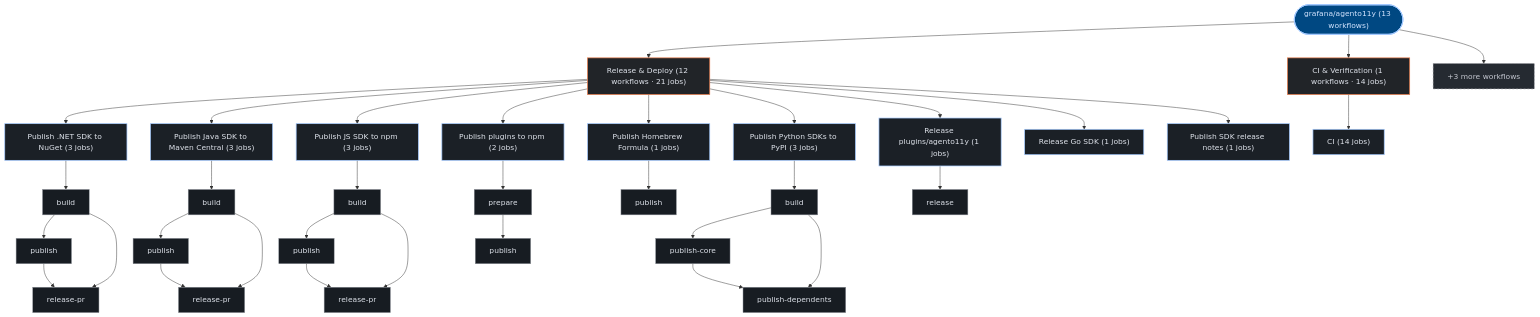
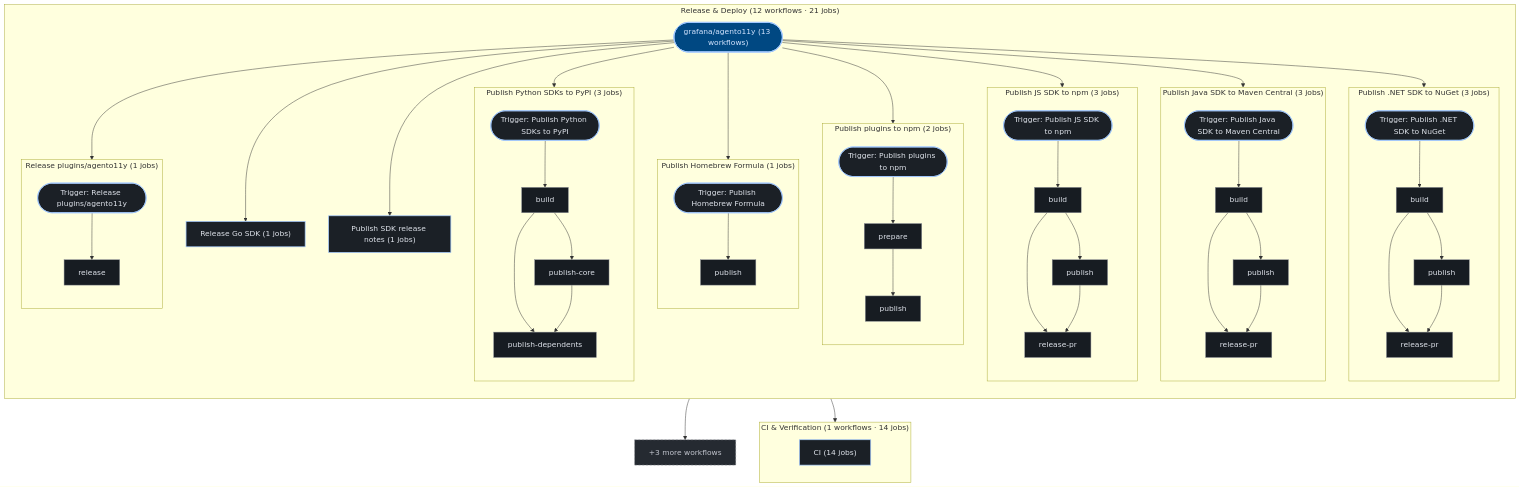
One commit to kumarshaz/atruss-code-atlas changed the third of 3 diagrams in exports/latest/reports/grafana-agento11y-report.md. Above: the diagram before and after it, drawn with Mermaid. The commit also changed 181 other files, not shown here.

````diff
--- a/exports/latest/reports/grafana-agento11y-report.md
+++ b/exports/latest/reports/grafana-agento11y-report.md
@@ -489,66 +489,89 @@
   classDef atlasAlert fill:#93000a,stroke:#ffb4ab,stroke-width:1.5px,color:#ffdad6
   classDef atlasMore fill:#252a31,stroke:#8d9199,stroke-dasharray:4 4,color:#c3c6cf
   pipeline_root(["grafana/agento11y (13 workflows)"]):::atlasRoot
-  grp_0_Release___Deploy["Release & Deploy (12 workflows · 21 jobs)"]:::atlasCategory
-  pipeline_root --> grp_0_Release___Deploy
-  wf_1_Publish__NET_SDK_to_NuGet["Publish .NET SDK to NuGet (3 jobs)"]:::atlasWorkflow
-  grp_0_Release___Deploy --> wf_1_Publish__NET_SDK_to_NuGet
-  job_1_build["build"]:::atlasJob
-  job_1_publish["publish"]:::atlasJob
-  job_1_release_pr["release-pr"]:::atlasJob
-  wf_1_Publish__NET_SDK_to_NuGet --> job_1_build
-  job_1_build --> job_1_publish
-  job_1_build --> job_1_release_pr
-  job_1_publish --> job_1_release_pr
-  wf_2_Publish_Java_SDK_to_Maven_Central["Publish Java SDK to Maven Central (3 jobs)"]:::atlasWorkflow
-  grp_0_Release___Deploy --> wf_2_Publish_Java_SDK_to_Maven_Central
-  job_2_build["build"]:::atlasJob
-  job_2_publish["publish"]:::atlasJob
-  job_2_release_pr["release-pr"]:::atlasJob
-  wf_2_Publish_Java_SDK_to_Maven_Central --> job_2_build
-  job_2_build --> job_2_publish
-  job_2_build --> job_2_release_pr
-  job_2_publish --> job_2_release_pr
-  wf_3_Publish_JS_SDK_to_npm["Publish JS SDK to npm (3 jobs)"]:::atlasWorkflow
-  grp_0_Release___Deploy --> wf_3_Publish_JS_SDK_to_npm
-  job_3_build["build"]:::atlasJob
-  job_3_publish["publish"]:::atlasJob
-  job_3_release_pr["release-pr"]:::atlasJob
-  wf_3_Publish_JS_SDK_to_npm --> job_3_build
-  job_3_build --> job_3_publish
-  job_3_build --> job_3_release_pr
-  job_3_publish --> job_3_release_pr
-  wf_4_Publish_plugins_to_npm["Publish plugins to npm (2 jobs)"]:::atlasWorkflow
-  grp_0_Release___Deploy --> wf_4_Publish_plugins_to_npm
-  job_4_prepare["prepare"]:::atlasJob
-  job_4_publish["publish"]:::atlasJob
-  wf_4_Publish_plugins_to_npm --> job_4_prepare
-  job_4_prepare --> job_4_publish
-  wf_5_Publish_Homebrew_Formula["Publish Homebrew Formula (1 jobs)"]:::atlasWorkflow
-  grp_0_Release___Deploy --> wf_5_Publish_Homebrew_Formula
-  job_5_publish["publish"]:::atlasJob
-  wf_5_Publish_Homebrew_Formula --> job_5_publish
-  wf_6_Publish_Python_SDKs_to_PyPI["Publish Python SDKs to PyPI (3 jobs)"]:::atlasWorkflow
-  grp_0_Release___Deploy --> wf_6_Publish_Python_SDKs_to_PyPI
-  job_6_build["build"]:::atlasJob
-  job_6_publish_core["publish-core"]:::atlasJob
-  job_6_publish_dependents["publish-dependents"]:::atlasJob
-  wf_6_Publish_Python_SDKs_to_PyPI --> job_6_build
-  job_6_build --> job_6_publish_core
-  job_6_build --> job_6_publish_dependents
-  job_6_publish_core --> job_6_publish_dependents
-  wf_8_Release_plugins_agento11y["Release plugins/agento11y (1 jobs)"]:::atlasWorkflow
-  grp_0_Release___Deploy --> wf_8_Release_plugins_agento11y
-  job_8_release["release"]:::atlasJob
-  wf_8_Release_plugins_agento11y --> job_8_release
-  wf_9_Release_Go_SDK["Release Go SDK (1 jobs)"]:::atlasWorkflow
-  grp_0_Release___Deploy --> wf_9_Release_Go_SDK
-  wf_10_Publish_SDK_release_notes["Publish SDK release notes (1 jobs)"]:::atlasWorkflow
-  grp_0_Release___Deploy --> wf_10_Publish_SDK_release_notes
-  grp_1_CI___Verification["CI & Verification (1 workflows · 14 jobs)"]:::atlasCategory
-  pipeline_root --> grp_1_CI___Verification
-  wf_0_CI["CI (14 jobs)"]:::atlasWorkflow
-  grp_1_CI___Verification --> wf_0_CI
+  subgraph sg_grp_0_Release___Deploy["Release & Deploy (12 workflows · 21 jobs)"]
+    direction TB
+    subgraph sg_wf_1_Publish__NET_SDK_to_NuGet["Publish .NET SDK to NuGet (3 jobs)"]
+      direction TB
+      wf_1_Publish__NET_SDK_to_NuGet(["Trigger: Publish .NET SDK to NuGet"]):::atlasWorkflow
+      job_1_build["build"]:::atlasJob
+      job_1_publish["publish"]:::atlasJob
+      job_1_release_pr["release-pr"]:::atlasJob
+      wf_1_Publish__NET_SDK_to_NuGet --> job_1_build
+      job_1_build --> job_1_publish
+      job_1_build --> job_1_release_pr
+      job_1_publish --> job_1_release_pr
+    end
+    pipeline_root --> wf_1_Publish__NET_SDK_to_NuGet
+    subgraph sg_wf_2_Publish_Java_SDK_to_Maven_Central["Publish Java SDK to Maven Central (3 jobs)"]
+      direction TB
+      wf_2_Publish_Java_SDK_to_Maven_Central(["Trigger: Publish Java SDK to Maven Central"]):::atlasWorkflow
+      job_2_build["build"]:::atlasJob
+      job_2_publish["publish"]:::atlasJob
+      job_2_release_pr["release-pr"]:::atlasJob
+      wf_2_Publish_Java_SDK_to_Maven_Central --> job_2_build
+      job_2_build --> job_2_publish
+      job_2_build --> job_2_release_pr
+      job_2_publish --> job_2_release_pr
+    end
+    pipeline_root --> wf_2_Publish_Java_SDK_to_Maven_Central
+    subgraph sg_wf_3_Publish_JS_SDK_to_npm["Publish JS SDK to npm (3 jobs)"]
+      direction TB
+      wf_3_Publish_JS_SDK_to_npm(["Trigger: Publish JS SDK to npm"]):::atlasWorkflow
+      job_3_build["build"]:::atlasJob
+      job_3_publish["publish"]:::atlasJob
+      job_3_release_pr["release-pr"]:::atlasJob
+      wf_3_Publish_JS_SDK_to_npm --> job_3_build
+      job_3_build --> job_3_publish
+      job_3_build --> job_3_release_pr
+      job_3_publish --> job_3_release_pr
+    end
+    pipeline_root --> wf_3_Publish_JS_SDK_to_npm
+    subgraph sg_wf_4_Publish_plugins_to_npm["Publish plugins to npm (2 jobs)"]
+      direction TB
+      wf_4_Publish_plugins_to_npm(["Trigger: Publish plugins to npm"]):::atlasWorkflow
+      job_4_prepare["prepare"]:::atlasJob
+      job_4_publish["publish"]:::atlasJob
+      wf_4_Publish_plugins_to_npm --> job_4_prepare
+      job_4_prepare --> job_4_publish
+    end
+    pipeline_root --> wf_4_Publish_plugins_to_npm
+    subgraph sg_wf_5_Publish_Homebrew_Formula["Publish Homebrew Formula (1 jobs)"]
+      direction TB
+      wf_5_Publish_Homebrew_Formula(["Trigger: Publish Homebrew Formula"]):::atlasWorkflow
+      job_5_publish["publish"]:::atlasJob
+      wf_5_Publish_Homebrew_Formula --> job_5_publish
+    end
+    pipeline_root --> wf_5_Publish_Homebrew_Formula
+    subgraph sg_wf_6_Publish_Python_SDKs_to_PyPI["Publish Python SDKs to PyPI (3 jobs)"]
+      direction TB
+      wf_6_Publish_Python_SDKs_to_PyPI(["Trigger: Publish Python SDKs to PyPI"]):::atlasWorkflow
+      job_6_build["build"]:::atlasJob
+      job_6_publish_core["publish-core"]:::atlasJob
+      job_6_publish_dependents["publish-dependents"]:::atlasJob
+      wf_6_Publish_Python_SDKs_to_PyPI --> job_6_build
+      job_6_build --> job_6_publish_core
+      job_6_build --> job_6_publish_dependents
+      job_6_publish_core --> job_6_publish_dependents
+    end
+    pipeline_root --> wf_6_Publish_Python_SDKs_to_PyPI
+    subgraph sg_wf_8_Release_plugins_agento11y["Release plugins/agento11y (1 jobs)"]
+      direction TB
+      wf_8_Release_plugins_agento11y(["Trigger: Release plugins/agento11y"]):::atlasWorkflow
+      job_8_release["release"]:::atlasJob
+      wf_8_Release_plugins_agento11y --> job_8_release
+    end
+    pipeline_root --> wf_8_Release_plugins_agento11y
+    wf_9_Release_Go_SDK["Release Go SDK (1 jobs)"]:::atlasWorkflow
+    pipeline_root --> wf_9_Release_Go_SDK
+    wf_10_Publish_SDK_release_notes["Publish SDK release notes (1 jobs)"]:::atlasWorkflow
+    pipeline_root --> wf_10_Publish_SDK_release_notes
+  end
+  subgraph sg_grp_1_CI___Verification["CI & Verification (1 workflows · 14 jobs)"]
+    direction TB
+    wf_0_CI["CI (14 jobs)"]:::atlasWorkflow
+    pipeline_root --> wf_0_CI
+  end
   wf_more["+3 more workflows"]:::atlasMore
   pipeline_root --> wf_more
 ```
````
